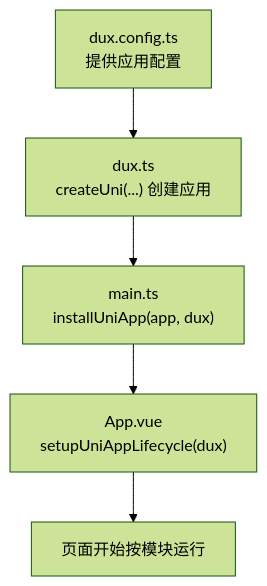
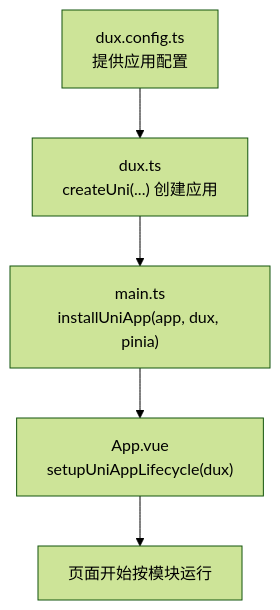
Before and after one commit to duxweb/dux-uni: the first of 2 diagrams in apps/docs/docs/guide/runtime-entry.md, drawn with Mermaid (forest theme). The commit also changed other lines of this file and 19 other files, not shown here.

````diff
--- a/apps/docs/docs/guide/runtime-entry.md
+++ b/apps/docs/docs/guide/runtime-entry.md
@@ -24,7 +24,7 @@
 ```mermaid
 flowchart TD
   A["dux.config.ts<br/>提供应用配置"] --> B["dux.ts<br/>createUni(...) 创建应用"]
-  B --> C["main.ts<br/>installUniApp(app, dux)"]
+  B --> C["main.ts<br/>installUniApp(app, dux, pinia)"]
   C --> D["App.vue<br/>setupUniAppLifecycle(dux)"]
   D --> E["页面开始按模块运行"]
 ```
````
